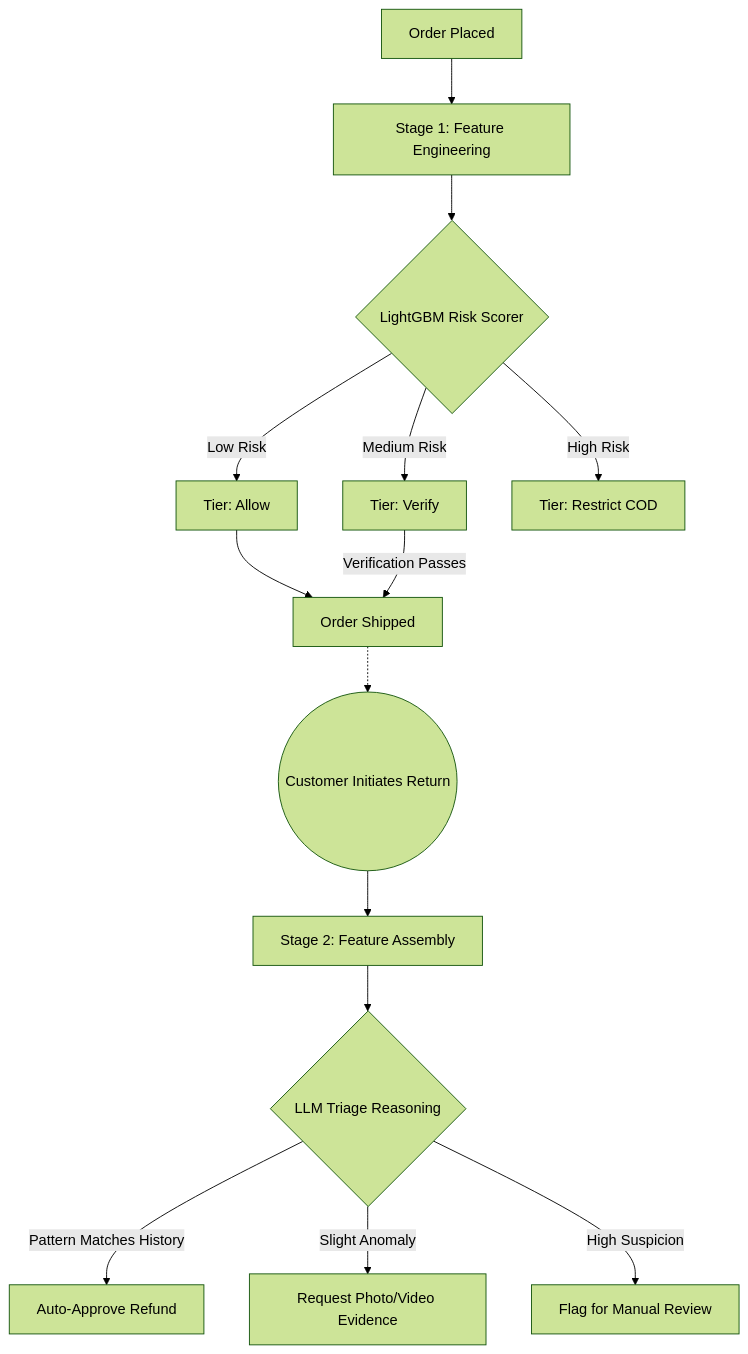
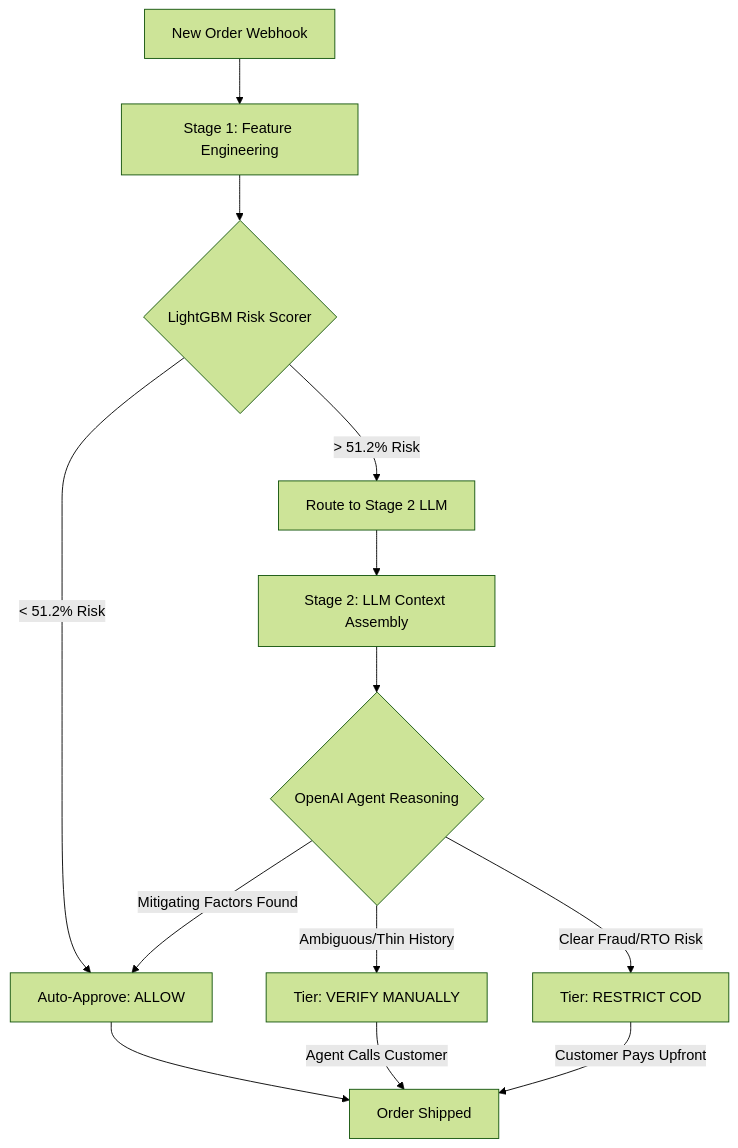
The diagram in ARCHITECTURE.md (VIVEKXDD/Guardian), drawn with Mermaid (forest theme) before and after one commit. The commit also changed other lines of this file and 2 other files, not shown here.

Commit message:
docs: finalize day 7 docs, video script, and fix architecture diagrams

````diff
--- a/ARCHITECTURE.md
+++ b/ARCHITECTURE.md
@@ -5,18 +5,20 @@
 ```mermaid
 graph TD
-    A[Order Placed] --> B[Stage 1: Feature Engineering]
+    A[New Order Webhook] --> B[Stage 1: Feature Engineering]
     B --> C{LightGBM Risk Scorer}
-    C -->|Low Risk| D[Tier: Allow]
-    C -->|Medium Risk| E[Tier: Verify]
-    C -->|High Risk| F[Tier: Restrict COD]
     
-    D --> G[Order Shipped]
-    E -->|Verification Passes| G
+    C -->|< 51.2% Risk| D[Auto-Approve: ALLOW]
+    C -->|> 51.2% Risk| E[Route to Stage 2 LLM]
     
-    G -.-> H((Customer Initiates Return))
-    H --> I[Stage 2: Feature Assembly]
-    I --> J{LLM Triage Reasoning}
-    J -->|Pattern Matches History| K[Auto-Approve Refund]
-    J -->|Slight Anomaly| L[Request Photo/Video Evidence]
-    J -->|High Suspicion| M[Flag for Manual Review]
+    D --> F[Order Shipped]
+    
+    E --> G[Stage 2: LLM Context Assembly]
+    G --> H{OpenAI Agent Reasoning}
+    
+    H -->|Mitigating Factors Found| D
+    H -->|Ambiguous/Thin History| I[Tier: VERIFY MANUALLY]
+    H -->|Clear Fraud/RTO Risk| J[Tier: RESTRICT COD]
+    
+    I -->|Agent Calls Customer| F
+    J -->|Customer Pays Upfront| F
 ```
````
